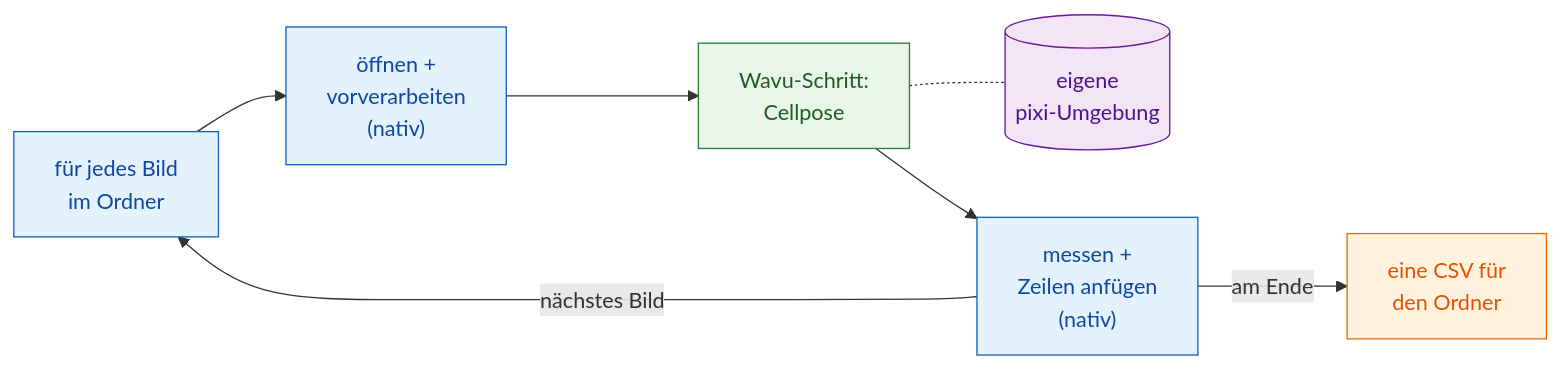
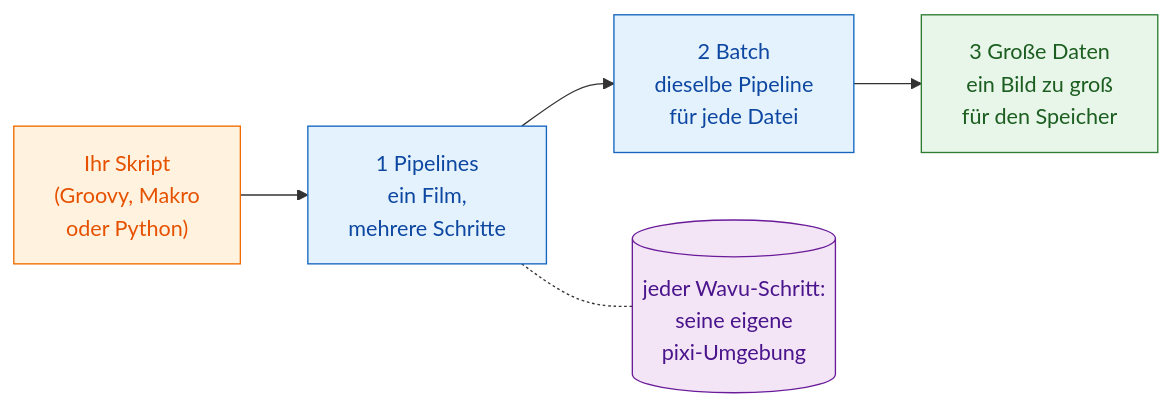
Before and after one commit to Oxford-Zeiss-Centre-of-Excellence/Wavu: the diagram in guide/workflows/index.de.md, drawn with Mermaid. The commit also changed other lines of this file and 104 other files, not shown here.

````diff
--- a/guide/workflows/index.de.md
+++ b/guide/workflows/index.de.md
@@ -30,18 +52,15 @@
 ```mermaid
 flowchart LR
-    L["für jedes Bild<br/>im Ordner"]:::fiji
-    O["öffnen +<br/>vorverarbeiten<br/>(nativ)"]:::fiji
-    W["Wavu-Schritt:<br/>Cellpose"]:::worker
-    E[("eigene<br/>pixi-Umgebung")]:::env
-    M["messen +<br/>Zeilen anfügen<br/>(nativ)"]:::fiji
-    C["eine CSV für<br/>den Ordner"]:::script
-    L --> O --> W --> M
-    M -- "nächstes Bild" --> L
-    W -.- E
-    M -- "am Ende" --> C
+    S["Ihr Skript<br/>(Groovy, Makro<br/>oder Python)"]:::script
+    P["1 Pipelines<br/>ein Film,<br/>mehrere Schritte"]:::fiji
+    B["2 Batch<br/>dieselbe Pipeline<br/>für jede Datei"]:::fiji
+    L["3 Große Daten<br/>ein Bild zu groß<br/>für den Speicher"]:::worker
+    E[("jeder Wavu-Schritt:<br/>seine eigene<br/>pixi-Umgebung")]:::env
+    S --> P --> B --> L
+    P -.- E
 
     classDef fiji   fill:#e3f2fd,stroke:#1565c0,color:#0d47a1
     classDef worker fill:#e8f5e9,stroke:#2e7d32,color:#1b5e20
     classDef script fill:#fff3e0,stroke:#ef6c00,color:#e65100
     classDef env    fill:#f3e5f5,stroke:#6a1b9a,color:#4a148c
 ```
````
